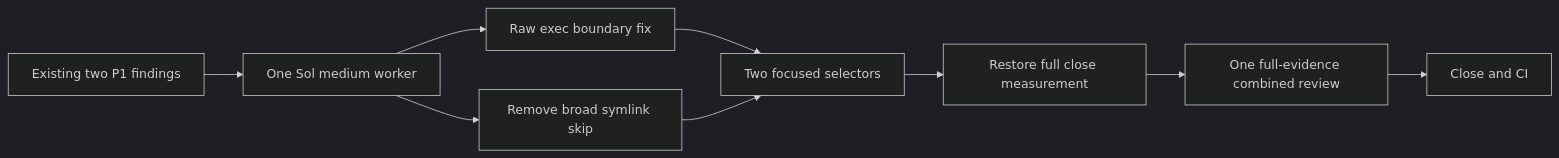
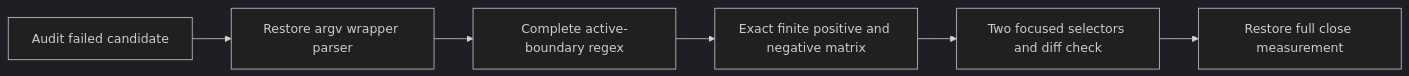
One commit to ismaeldoez7/symphony-forge changed the diagram in .factory/stories/FORGE-COORD-1/task-plans/NATIVE-FOREGROUND-ACTIVATE.md. Above: the diagram before and after it, drawn with Mermaid (dark theme). The commit also changed other lines of this file and 4 other files, not shown here.

Commit message:
plan: correct native exec review candidate

````diff
--- a/.factory/stories/FORGE-COORD-1/task-plans/NATIVE-FOREGROUND-ACTIVATE.md
+++ b/.factory/stories/FORGE-COORD-1/task-plans/NATIVE-FOREGROUND-ACTIVATE.md
@@ -9,11 +7,8 @@
 ```mermaid
 flowchart LR
-    A[Existing two P1 findings] --> B[One Sol medium worker]
-    B --> C[Raw exec boundary fix]
-    B --> D[Remove broad symlink skip]
-    C --> E[Two focused selectors]
-    D --> E
+    A[Audit failed candidate] --> B[Restore argv wrapper parser]
+    B --> C[Complete active-boundary regex]
+    C --> D[Exact finite positive and negative matrix]
+    D --> E[Two focused selectors and diff check]
     E --> F[Restore full close measurement]
-    F --> G[One full-evidence combined review]
-    G --> H[Close and CI]
 ```
````
